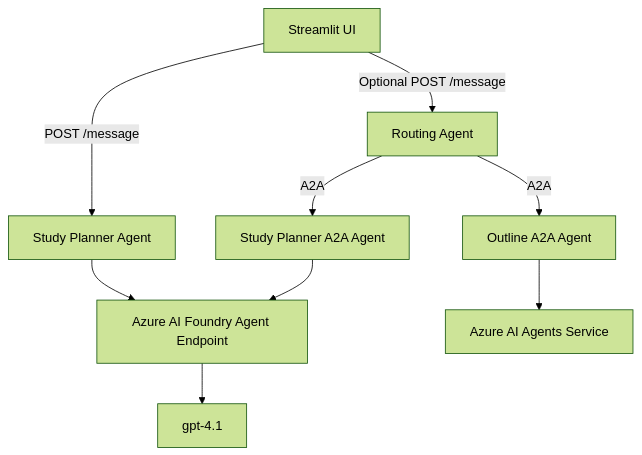
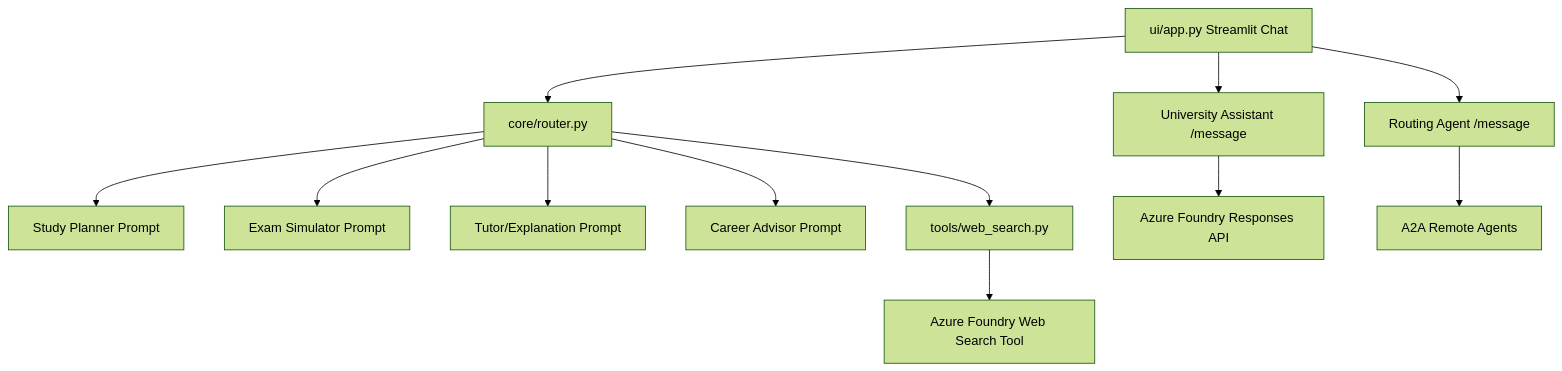
The diagram in README.md (RenzoAlbertini/project), drawn with Mermaid (forest theme) before and after one commit. The commit also changed other lines of this file and 36 other files, not shown here.

Commit message:
Refactor AI university assistant

````diff
--- a/README.md
+++ b/README.md
@@ -125,11 +28,14 @@
 ```mermaid
 graph TD
-    UI["Streamlit UI"] -->|POST /message| Direct["Study Planner Agent"]
-    UI -->|Optional POST /message| Router["Routing Agent"]
-    Router -->|A2A| Study["Study Planner A2A Agent"]
-    Router -->|A2A| Outline["Outline A2A Agent"]
-    Direct --> Foundry["Azure AI Foundry Agent Endpoint"]
-    Study --> Foundry
-    Outline --> AzureAgents["Azure AI Agents Service"]
-    Foundry --> Model["gpt-4.1"]
+    UI["ui/app.py Streamlit Chat"] --> Router["core/router.py"]
+    Router --> Planner["Study Planner Prompt"]
+    Router --> Exam["Exam Simulator Prompt"]
+    Router --> Tutor["Tutor/Explanation Prompt"]
+    Router --> Career["Career Advisor Prompt"]
+    Router --> Web["tools/web_search.py"]
+    UI --> Direct["University Assistant /message"]
+    UI --> OptionalRouter["Routing Agent /message"]
+    Direct --> Foundry["Azure Foundry Responses API"]
+    Web --> FoundryWeb["Azure Foundry Web Search Tool"]
+    OptionalRouter --> A2A["A2A Remote Agents"]
 ```
````
